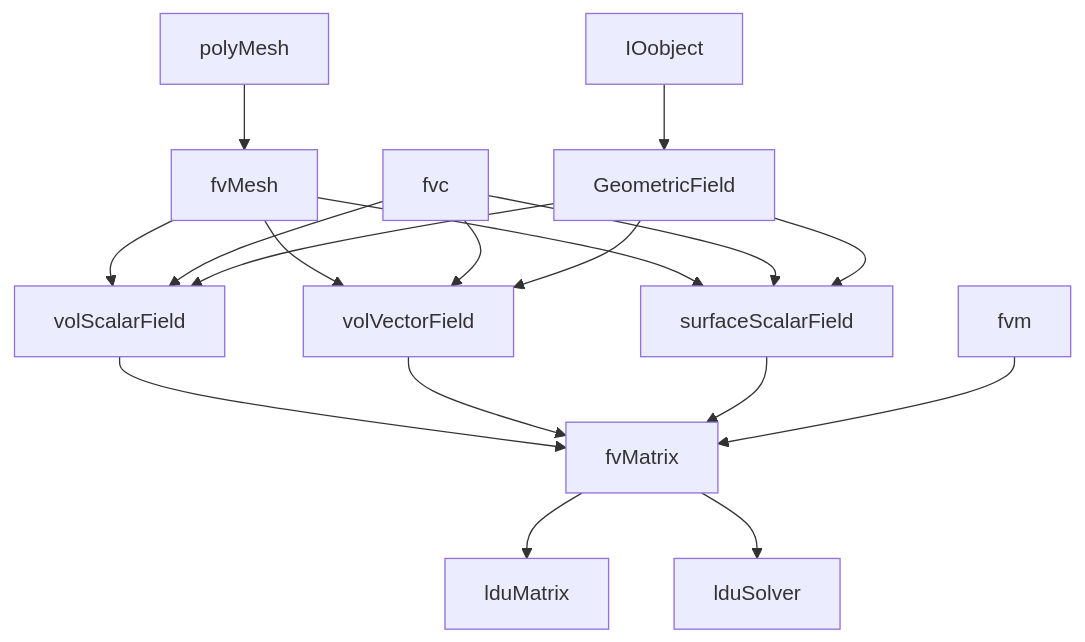
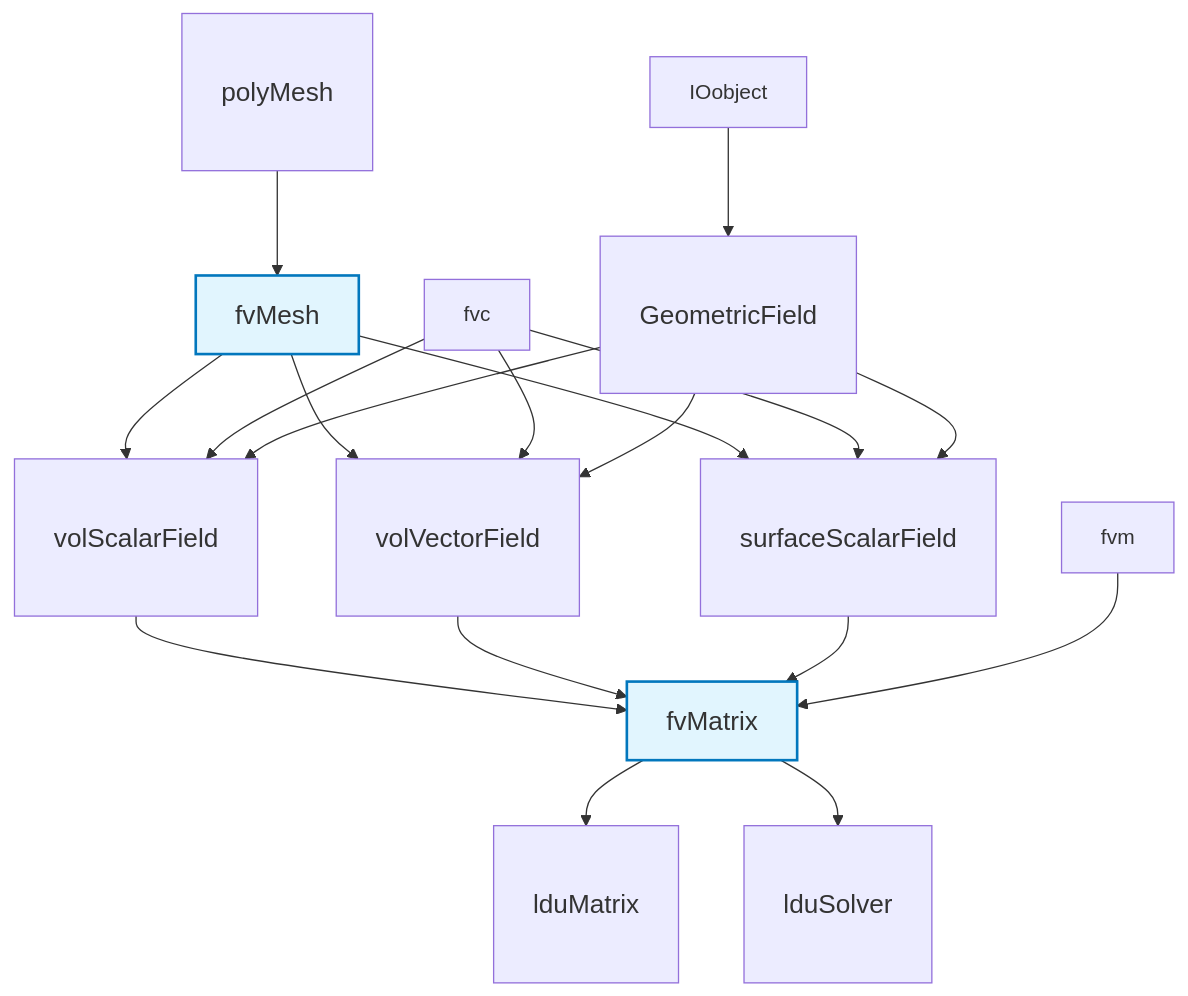
One commit to wramet/build-my-cfd changed the fourth of 5 diagrams in daily_learning/2026-01-02.md. Above: the diagram before and after it, drawn with Mermaid. The commit also changed other lines of this file and 3 other files, not shown here.

Commit message:
Refine Day 1 & 2 content: Apply standardized QC (Monospace Diagrams, Engineering Thai)

````diff
--- a/daily_learning/2026-01-02.md
+++ b/daily_learning/2026-01-02.md
@@ -964,26 +1002,30 @@
 ```mermaid
+%%{init: { "theme": "default", "useMaxWidth": false, "themeVariables": { "fontSize": "20px", "fontFamily": "Consolas, 'Courier New', monospace" } }}%%
 graph TD
-    A[polyMesh] --> B[fvMesh]
-    B --> C[volScalarField]
-    B --> D[volVectorField]
-    B --> E[surfaceScalarField]
+    classDef mainBox font-size:20px, padding:20px;
+    classDef highlightBox font-size:20px, fill:#e1f5fe, stroke:#0277bd, stroke-width:2px;
+
+    A[polyMesh]:::mainBox --> B[fvMesh]:::highlightBox
+    B --> C[volScalarField]:::mainBox
+    B --> D[volVectorField]:::mainBox
+    B --> E[surfaceScalarField]:::mainBox
     
-    C --> F[fvMatrix]
+    C --> F[fvMatrix]:::highlightBox
     D --> F
     E --> F
     
-    F --> G[lduMatrix]
-    F --> H[lduSolver]
+    F --> G[lduMatrix]:::mainBox
+    F --> H[lduSolver]:::mainBox
     
     I[fvc] --> C
     I --> D
     I --> E
     
     J[fvm] --> F
     
-    K[GeometricField] --> C
+    K[GeometricField]:::mainBox --> C
     K --> D
     K --> E
     
     L[IOobject] --> K
 ```
````
